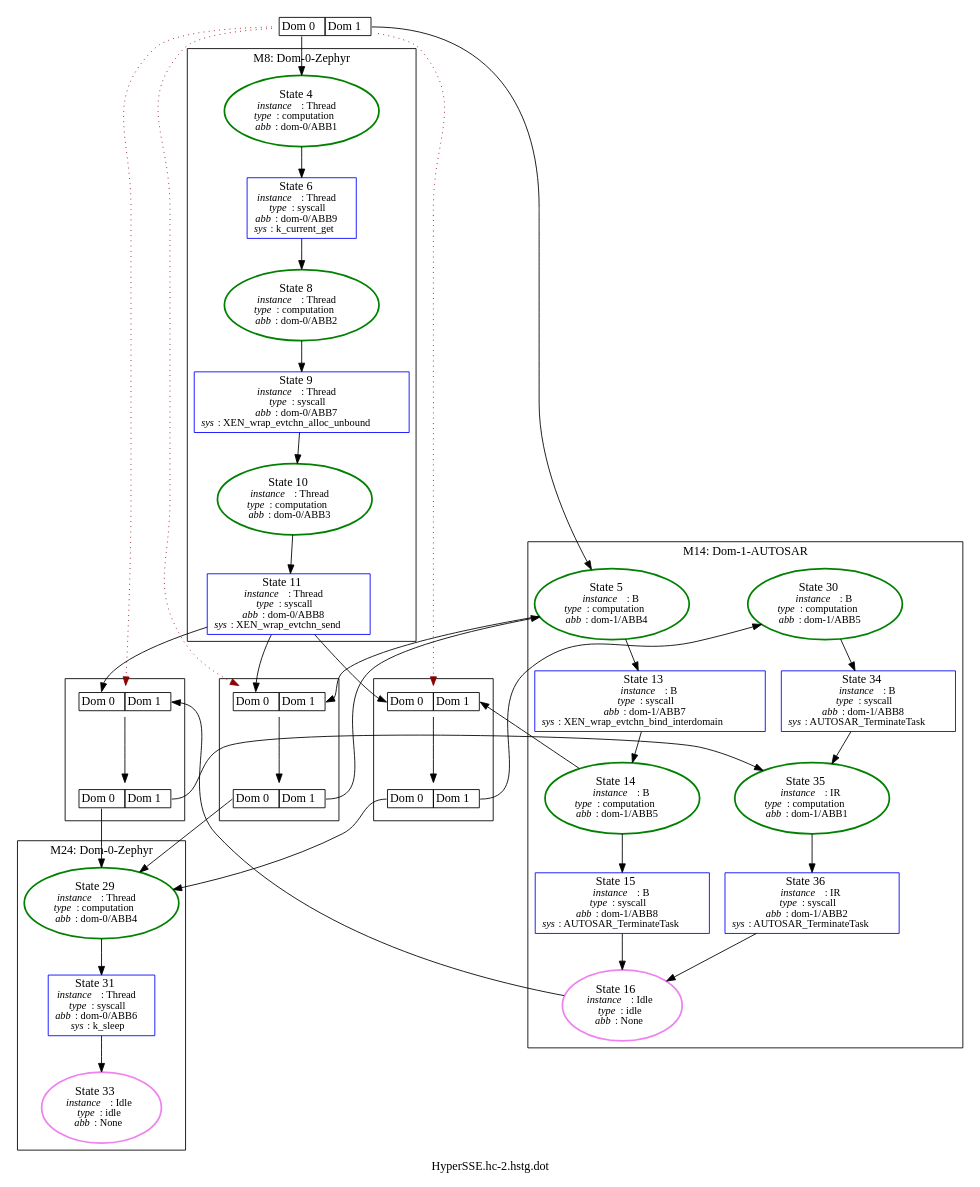
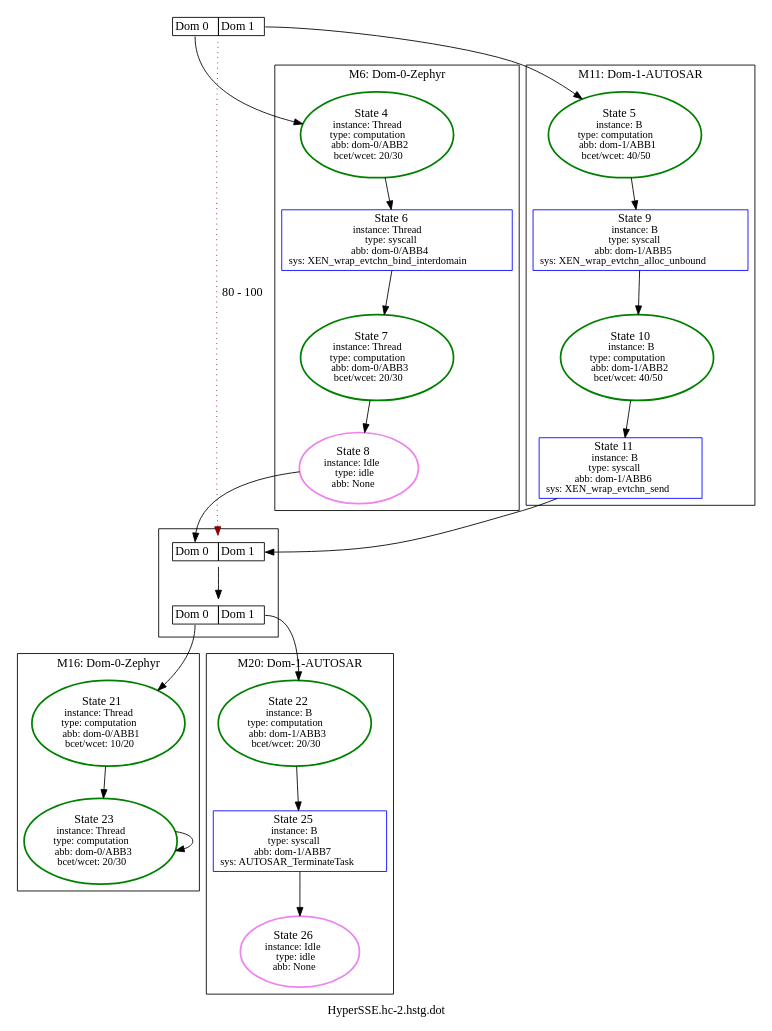
The diagram in appl/Xen/hc-2/HyperSSE.hc-2.hstg.dot (luhsra/ara), drawn with Graphviz before and after one commit. The commit also changed 47 other files, not shown here.

```diff
--- a/appl/Xen/hc-2/HyperSSE.hc-2.hstg.dot
+++ b/appl/Xen/hc-2/HyperSSE.hc-2.hstg.dot
@@ -1,87 +1,57 @@
 digraph G {
 label="HyperSSE.hc-2.hstg.dot";
 1 [label=<<TABLE BORDER="0" CELLBORDER="1" CELLSPACING="0"><TR><TD PORT="c0">Dom 0</TD><TD PORT="c1">Dom 1</TD></TR></TABLE>>, shape=plaintext, tooltip=1];
-subgraph cluster_8 {
-label="M8: Dom-0-Zephyr";
-2 [color=green, fontsize=14, label=<State 4<br/><font point-size='12'><i>instance</i>: Thread<br/><i>type</i>: computation<br/><i>abb</i>: dom-0/ABB1</font>>, style=bold, tooltip=2];
-3 [color=blue, fontsize=14, label=<State 6<br/><font point-size='12'><i>instance</i>: Thread<br/><i>type</i>: syscall<br/><i>abb</i>: dom-0/ABB9<br/><i>sys</i>: k_current_get</font>>, shape=box, tooltip=3];
-4 [color=green, fontsize=14, label=<State 8<br/><font point-size='12'><i>instance</i>: Thread<br/><i>type</i>: computation<br/><i>abb</i>: dom-0/ABB2</font>>, style=bold, tooltip=4];
-5 [color=blue, fontsize=14, label=<State 9<br/><font point-size='12'><i>instance</i>: Thread<br/><i>type</i>: syscall<br/><i>abb</i>: dom-0/ABB7<br/><i>sys</i>: XEN_wrap_evtchn_alloc_unbound</font>>, shape=box, tooltip=5];
-6 [color=green, fontsize=14, label=<State 10<br/><font point-size='12'><i>instance</i>: Thread<br/><i>type</i>: computation<br/><i>abb</i>: dom-0/ABB3</font>>, style=bold, tooltip=6];
-7 [color=blue, fontsize=14, label=<State 11<br/><font point-size='12'><i>instance</i>: Thread<br/><i>type</i>: syscall<br/><i>abb</i>: dom-0/ABB8<br/><i>sys</i>: XEN_wrap_evtchn_send</font>>, shape=box, tooltip=7];
+subgraph cluster_6 {
+label="M6: Dom-0-Zephyr";
+2 [color=green, fontsize=14, label=<State 4<br/><font point-size='12'>instance: Thread<br/>type: computation<br/>abb: dom-0/ABB2<br/>bcet/wcet: 20/30</font>>, style=bold, tooltip=2];
+3 [color=blue, fontsize=14, label=<State 6<br/><font point-size='12'>instance: Thread<br/>type: syscall<br/>abb: dom-0/ABB4<br/>sys: XEN_wrap_evtchn_bind_interdomain</font>>, shape=box, tooltip=3];
+4 [color=green, fontsize=14, label=<State 7<br/><font point-size='12'>instance: Thread<br/>type: computation<br/>abb: dom-0/ABB3<br/>bcet/wcet: 20/30</font>>, style=bold, tooltip=4];
+5 [color=violet, fontsize=14, label=<State 8<br/><font point-size='12'>instance: Idle<br/>type: idle<br/>abb: None</font>>, style=bold, tooltip=5];
 }
 
-subgraph cluster_14 {
-label="M14: Dom-1-AUTOSAR";
-9 [color=green, fontsize=14, label=<State 5<br/><font point-size='12'><i>instance</i>: B<br/><i>type</i>: computation<br/><i>abb</i>: dom-1/ABB4</font>>, style=bold, tooltip=9];
-10 [color=blue, fontsize=14, label=<State 13<br/><font point-size='12'><i>instance</i>: B<br/><i>type</i>: syscall<br/><i>abb</i>: dom-1/ABB7<br/><i>sys</i>: XEN_wrap_evtchn_bind_interdomain</font>>, shape=box, tooltip=10];
-11 [color=green, fontsize=14, label=<State 14<br/><font point-size='12'><i>instance</i>: B<br/><i>type</i>: computation<br/><i>abb</i>: dom-1/ABB5</font>>, style=bold, tooltip=11];
-12 [color=blue, fontsize=14, label=<State 15<br/><font point-size='12'><i>instance</i>: B<br/><i>type</i>: syscall<br/><i>abb</i>: dom-1/ABB8<br/><i>sys</i>: AUTOSAR_TerminateTask</font>>, shape=box, tooltip=12];
-13 [color=violet, fontsize=14, label=<State 16<br/><font point-size='12'><i>instance</i>: Idle<br/><i>type</i>: idle<br/><i>abb</i>: None</font>>, style=bold, tooltip=13];
-25 [color=green, fontsize=14, label=<State 30<br/><font point-size='12'><i>instance</i>: B<br/><i>type</i>: computation<br/><i>abb</i>: dom-1/ABB5</font>>, style=bold, tooltip=25];
-26 [color=blue, fontsize=14, label=<State 34<br/><font point-size='12'><i>instance</i>: B<br/><i>type</i>: syscall<br/><i>abb</i>: dom-1/ABB8<br/><i>sys</i>: AUTOSAR_TerminateTask</font>>, shape=box, tooltip=26];
-27 [color=green, fontsize=14, label=<State 35<br/><font point-size='12'><i>instance</i>: IR<br/><i>type</i>: computation<br/><i>abb</i>: dom-1/ABB1</font>>, style=bold, tooltip=27];
-28 [color=blue, fontsize=14, label=<State 36<br/><font point-size='12'><i>instance</i>: IR<br/><i>type</i>: syscall<br/><i>abb</i>: dom-1/ABB2<br/><i>sys</i>: AUTOSAR_TerminateTask</font>>, shape=box, tooltip=28];
+subgraph cluster_11 {
+label="M11: Dom-1-AUTOSAR";
+8 [color=blue, fontsize=14, label=<State 9<br/><font point-size='12'>instance: B<br/>type: syscall<br/>abb: dom-1/ABB5<br/>sys: XEN_wrap_evtchn_alloc_unbound</font>>, shape=box, tooltip=8];
+9 [color=green, fontsize=14, label=<State 10<br/><font point-size='12'>instance: B<br/>type: computation<br/>abb: dom-1/ABB2<br/>bcet/wcet: 40/50</font>>, style=bold, tooltip=9];
+10 [color=blue, fontsize=14, label=<State 11<br/><font point-size='12'>instance: B<br/>type: syscall<br/>abb: dom-1/ABB6<br/>sys: XEN_wrap_evtchn_send</font>>, shape=box, tooltip=10];
+7 [color=green, fontsize=14, label=<State 5<br/><font point-size='12'>instance: B<br/>type: computation<br/>abb: dom-1/ABB1<br/>bcet/wcet: 40/50</font>>, style=bold, tooltip=7];
 }
 
-subgraph cluster_24 {
-label="M24: Dom-0-Zephyr";
-21 [color=green, fontsize=14, label=<State 29<br/><font point-size='12'><i>instance</i>: Thread<br/><i>type</i>: computation<br/><i>abb</i>: dom-0/ABB4</font>>, style=bold, tooltip=21];
-22 [color=blue, fontsize=14, label=<State 31<br/><font point-size='12'><i>instance</i>: Thread<br/><i>type</i>: syscall<br/><i>abb</i>: dom-0/ABB6<br/><i>sys</i>: k_sleep</font>>, shape=box, tooltip=22];
-23 [color=violet, fontsize=14, label=<State 33<br/><font point-size='12'><i>instance</i>: Idle<br/><i>type</i>: idle<br/><i>abb</i>: None</font>>, style=bold, tooltip=23];
+subgraph cluster_16 {
+label="M16: Dom-0-Zephyr";
+14 [color=green, fontsize=14, label=<State 21<br/><font point-size='12'>instance: Thread<br/>type: computation<br/>abb: dom-0/ABB1<br/>bcet/wcet: 10/20</font>>, style=bold, tooltip=14];
+15 [color=green, fontsize=14, label=<State 23<br/><font point-size='12'>instance: Thread<br/>type: computation<br/>abb: dom-0/ABB3<br/>bcet/wcet: 20/30</font>>, style=bold, tooltip=15];
 }
 
-subgraph cluster_Metasync15 {
-label="";
-15 [label=<<TABLE BORDER="0" CELLBORDER="1" CELLSPACING="0"><TR><TD PORT="c0">Dom 0</TD><TD PORT="c1">Dom 1</TD></TR></TABLE>>, shape=plaintext, tooltip=15];
-16 [label=<<TABLE BORDER="0" CELLBORDER="1" CELLSPACING="0"><TR><TD PORT="c0">Dom 0</TD><TD PORT="c1">Dom 1</TD></TR></TABLE>>, shape=plaintext, tooltip=16];
+subgraph cluster_20 {
+label="M20: Dom-1-AUTOSAR";
+17 [color=green, fontsize=14, label=<State 22<br/><font point-size='12'>instance: B<br/>type: computation<br/>abb: dom-1/ABB3<br/>bcet/wcet: 20/30</font>>, style=bold, tooltip=17];
+18 [color=blue, fontsize=14, label=<State 25<br/><font point-size='12'>instance: B<br/>type: syscall<br/>abb: dom-1/ABB7<br/>sys: AUTOSAR_TerminateTask</font>>, shape=box, tooltip=18];
+19 [color=violet, fontsize=14, label=<State 26<br/><font point-size='12'>instance: Idle<br/>type: idle<br/>abb: None</font>>, style=bold, tooltip=19];
 }
 
-subgraph cluster_Metasync17 {
+subgraph cluster_Metasync12 {
 label="";
-17 [label=<<TABLE BORDER="0" CELLBORDER="1" CELLSPACING="0"><TR><TD PORT="c0">Dom 0</TD><TD PORT="c1">Dom 1</TD></TR></TABLE>>, shape=plaintext, tooltip=17];
-18 [label=<<TABLE BORDER="0" CELLBORDER="1" CELLSPACING="0"><TR><TD PORT="c0">Dom 0</TD><TD PORT="c1">Dom 1</TD></TR></TABLE>>, shape=plaintext, tooltip=18];
-}
-
-subgraph cluster_Metasync19 {
-label="";
-19 [label=<<TABLE BORDER="0" CELLBORDER="1" CELLSPACING="0"><TR><TD PORT="c0">Dom 0</TD><TD PORT="c1">Dom 1</TD></TR></TABLE>>, shape=plaintext, tooltip=19];
-20 [label=<<TABLE BORDER="0" CELLBORDER="1" CELLSPACING="0"><TR><TD PORT="c0">Dom 0</TD><TD PORT="c1">Dom 1</TD></TR></TABLE>>, shape=plaintext, tooltip=20];
+12 [label=<<TABLE BORDER="0" CELLBORDER="1" CELLSPACING="0"><TR><TD PORT="c0">Dom 0</TD><TD PORT="c1">Dom 1</TD></TR></TABLE>>, shape=plaintext, tooltip=12];
+13 [label=<<TABLE BORDER="0" CELLBORDER="1" CELLSPACING="0"><TR><TD PORT="c0">Dom 0</TD><TD PORT="c1">Dom 1</TD></TR></TABLE>>, shape=plaintext, tooltip=13];
 }
 
 1:c0 -> 2  [color=black];
-1:c1 -> 9  [color=black];
-1 -> 15  [color=darkred, style=dotted];
-1 -> 17  [color=darkred, style=dotted];
-1 -> 19  [color=darkred, style=dotted];
+1:c1 -> 7  [color=black];
+1 -> 12  [color=darkred, label="80 - 100", style=dotted];
 2 -> 3  [color=black];
 3 -> 4  [color=black];
 4 -> 5  [color=black];
-5 -> 6  [color=black];
-6 -> 7  [color=black];
-7 -> 15:c0  [color=black];
-7 -> 17:c0  [color=black];
-7 -> 19:c0  [color=black];
+5 -> 12:c0  [color=black];
+7 -> 8  [color=black];
+8 -> 9  [color=black];
 9 -> 10  [color=black];
-9 -> 19:c1  [color=black];
-10 -> 11  [color=black];
-11 -> 12  [color=black];
-11 -> 15:c1  [color=black];
+10 -> 12:c1  [color=black];
 12 -> 13  [color=black];
-13 -> 17:c1  [color=black];
-15 -> 16  [color=black];
-16:c0 -> 21  [color=black];
-16:c1 -> 25  [color=black];
+13:c0 -> 14  [color=black];
+13:c1 -> 17  [color=black];
+14 -> 15  [color=black];
+15 -> 15  [color=black];
 17 -> 18  [color=black];
-18:c0 -> 21  [color=black];
-18:c1 -> 27  [color=black];
-19 -> 20  [color=black];
-20:c0 -> 21  [color=black];
-20:c1 -> 9  [color=black];
-21 -> 22  [color=black];
-22 -> 23  [color=black];
-25 -> 26  [color=black];
-26 -> 27  [color=black];
-27 -> 28  [color=black];
-28 -> 13  [color=black];
+18 -> 19  [color=black];
 }
```
